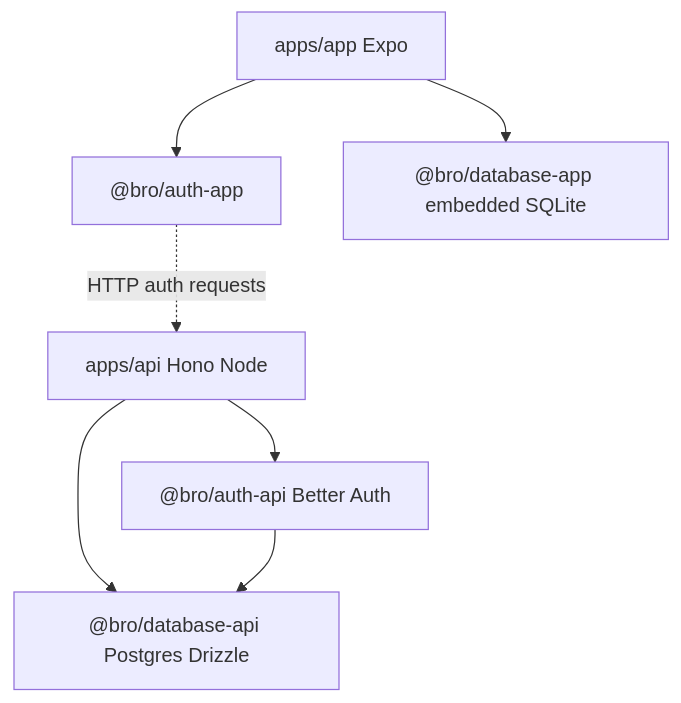
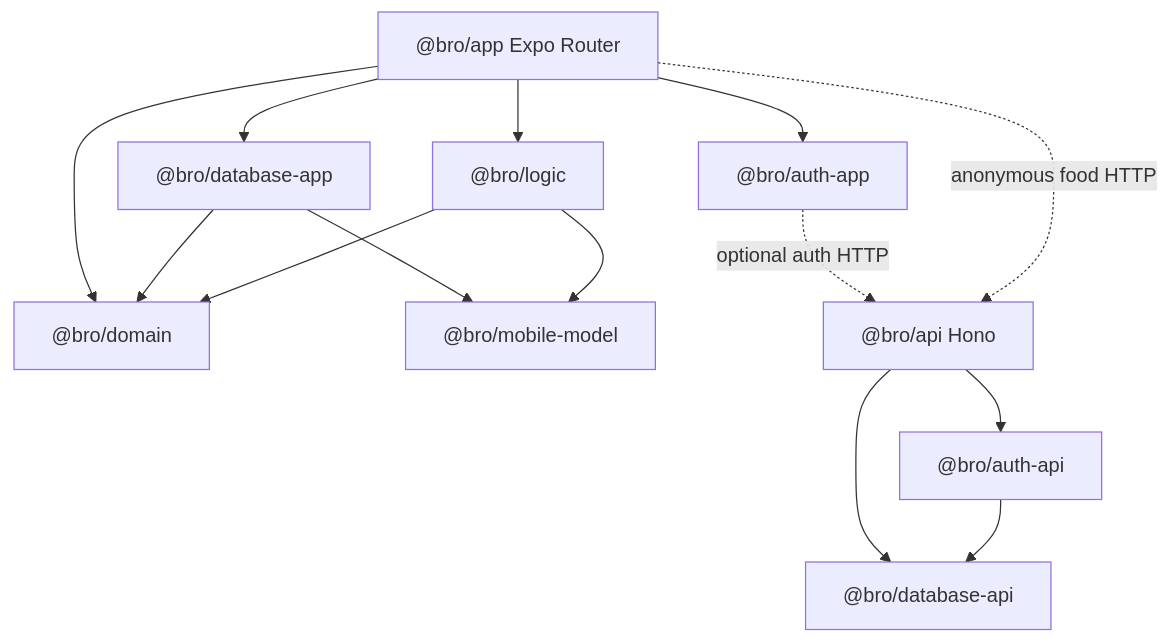
Before and after one commit to bishsbytes/bro: the diagram in openwiki/architecture/overview.md, drawn with Mermaid. The commit also changed other lines of this file and 19 other files, not shown here.

````diff
--- a/openwiki/architecture/overview.md
+++ b/openwiki/architecture/overview.md
@@ -12,9 +18,16 @@
 ```mermaid
 flowchart TD
-  Mobile["apps/app Expo"] --> MobileAuth["@bro/auth-app"]
-  Mobile --> MobileDb["@bro/database-app embedded SQLite"]
-  API["apps/api Hono Node"] --> ServerAuth["@bro/auth-api Better Auth"]
-  API --> ServerDb["@bro/database-api Postgres Drizzle"]
-  ServerAuth --> ServerDb
-  MobileAuth -. "HTTP auth requests" .-> API
+  App["@bro/app Expo Router"] --> AuthApp["@bro/auth-app"]
+  App --> DatabaseApp["@bro/database-app"]
+  App --> Domain["@bro/domain"]
+  App --> Logic["@bro/logic"]
+  DatabaseApp --> Model["@bro/mobile-model"]
+  DatabaseApp --> Domain
+  Logic --> Model
+  Logic --> Domain
+  API["@bro/api Hono"] --> AuthAPI["@bro/auth-api"]
+  API --> DatabaseAPI["@bro/database-api"]
+  AuthAPI --> DatabaseAPI
+  AuthApp -. "optional auth HTTP" .-> API
+  App -. "anonymous food HTTP" .-> API
 ```
````
